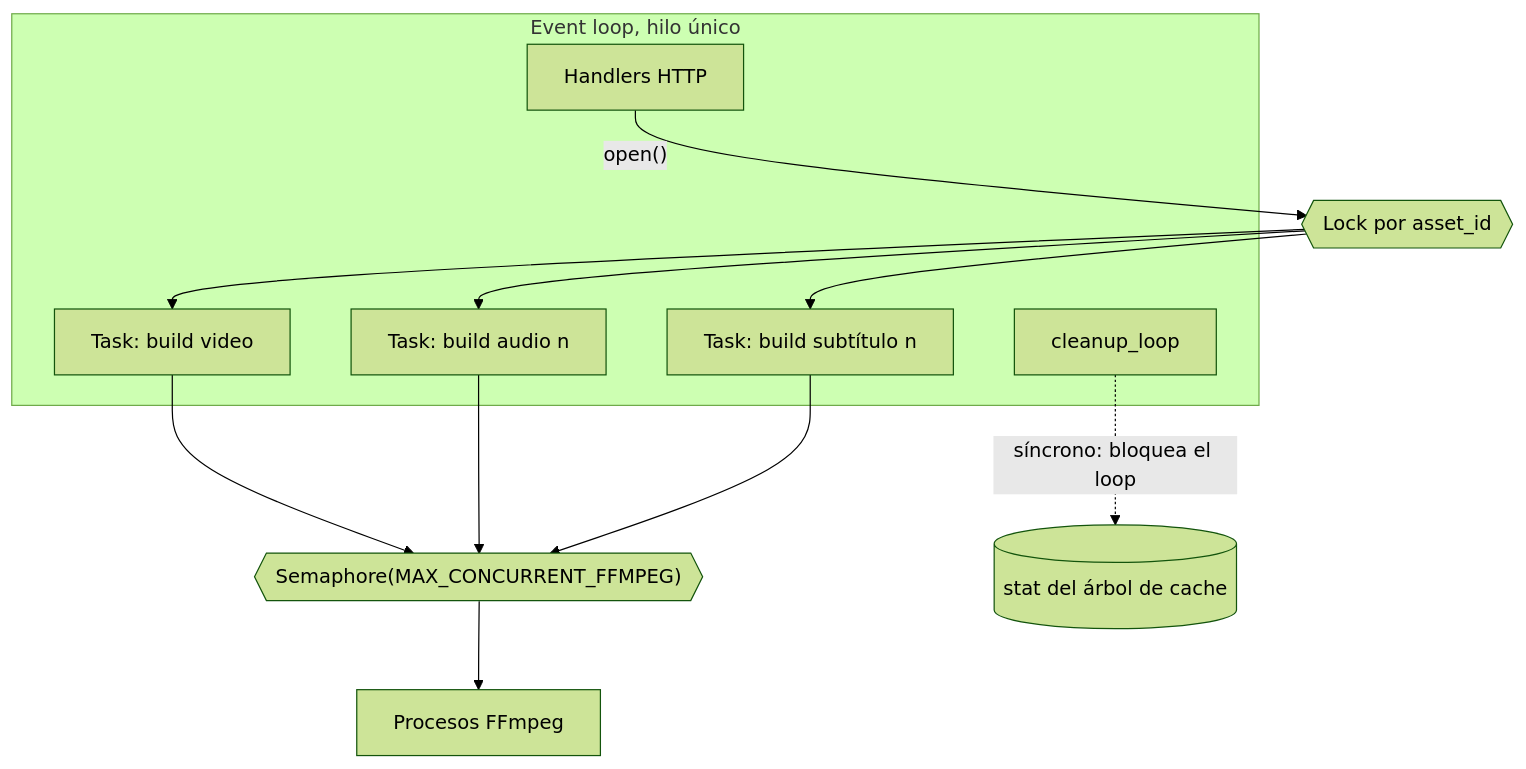
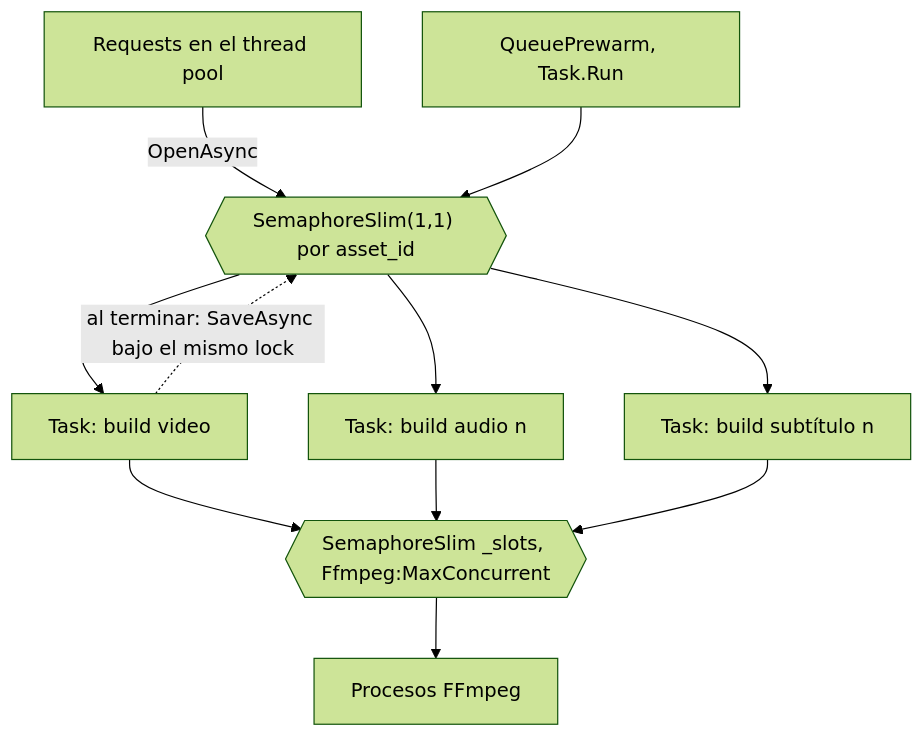
One commit to Juan045/home-stream-app changed diagram 12 of 15 in system_arquitecture.md. Above: the diagram before and after it, drawn with Mermaid (forest theme). The commit also changed other lines of this file and 8 other files, not shown here.

````diff
--- a/system_arquitecture.md
+++ b/system_arquitecture.md
@@ -480,23 +594,21 @@
 ```mermaid
 flowchart TB
-    subgraph loop["Event loop, hilo único"]
-        REQ["Handlers HTTP"]
-        CL["cleanup_loop"]
-        T1["Task: build video"]
-        T2["Task: build audio n"]
-        T3["Task: build subtítulo n"]
-    end
+    REQ["Requests en el thread pool"]
+    PRE["QueuePrewarm, Task.Run"]
+    LOCK{{"SemaphoreSlim(1,1) por asset_id"}}
+    T1["Task: build video"]
+    T2["Task: build audio n"]
+    T3["Task: build subtítulo n"]
+    SEM{{"SemaphoreSlim _slots, Ffmpeg:MaxConcurrent"}}
 
-    SEM{{"Semaphore(MAX_CONCURRENT_FFMPEG)"}}
-    LOCK{{"Lock por asset_id"}}
-
-    REQ -->|"open()"| LOCK
+    REQ -->|"OpenAsync"| LOCK
+    PRE --> LOCK
     LOCK --> T1
     LOCK --> T2
     LOCK --> T3
     T1 --> SEM
     T2 --> SEM
     T3 --> SEM
     SEM --> FF["Procesos FFmpeg"]
-    CL -.->|"síncrono: bloquea el loop"| IO[("stat del árbol de cache")]
+    T1 -.->|"al terminar: SaveAsync bajo el mismo lock"| LOCK
 ```
````
